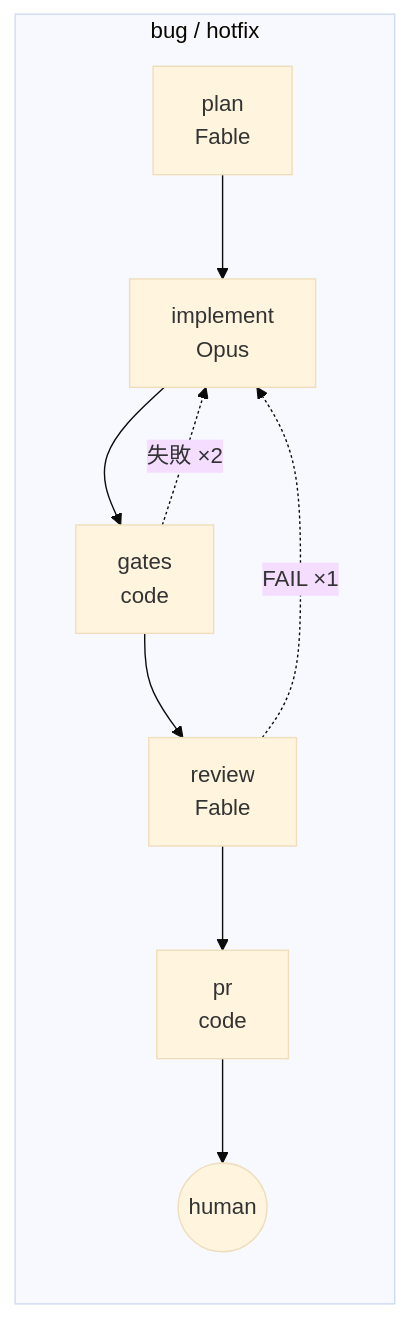
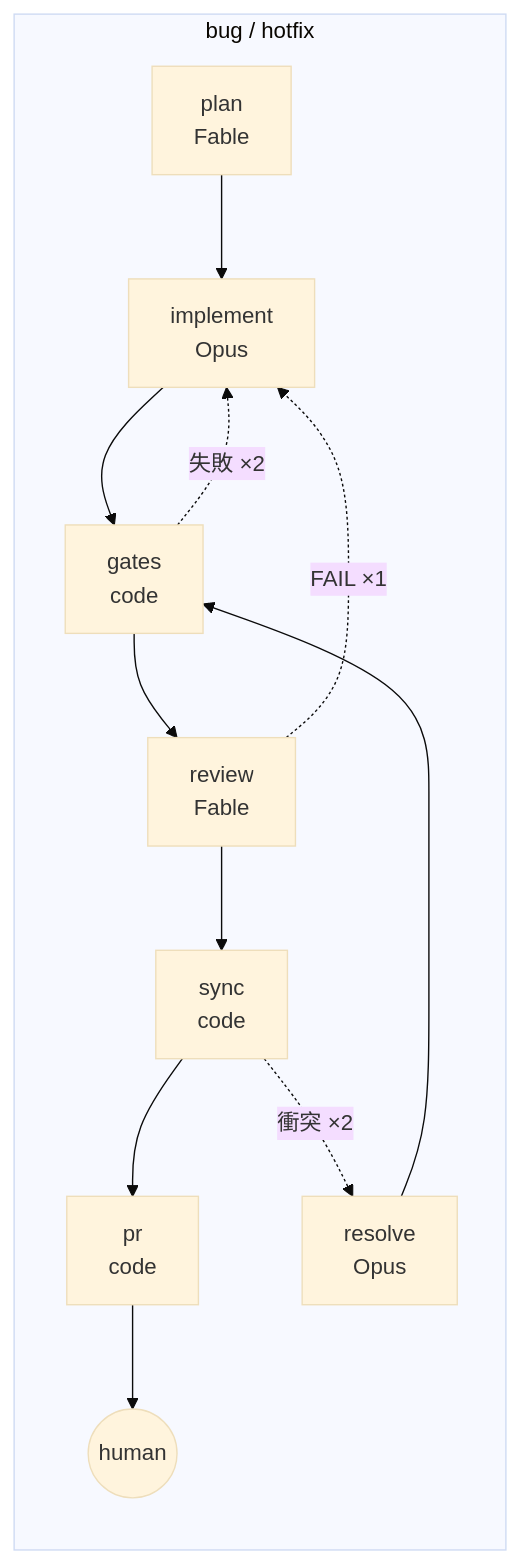
One commit to akkijp-oss/aifactory changed the second of 4 diagrams in website/content/ja/guides/workflows.md. Above: the diagram before and after it, drawn with Mermaid (base theme). The commit also changed other lines of this file and 28 other files, not shown here.

````diff
--- a/website/content/ja/guides/workflows.md
+++ b/website/content/ja/guides/workflows.md
@@ -27,8 +28,9 @@
 ```mermaid
 flowchart LR
   subgraph bug / hotfix
-    pl[plan<br>Fable] --> im[implement<br>Opus] --> ga[gates<br>code] --> re[review<br>Fable] --> pr[pr<br>code] --> hu((human))
+    pl[plan<br>Fable] --> im[implement<br>Opus] --> ga[gates<br>code] --> re[review<br>Fable] --> sy[sync<br>code] --> pr[pr<br>code] --> hu((human))
     ga -. 失敗 ×2 .-> im
     re -. FAIL ×1 .-> im
+    sy -. 衝突 ×2 .-> rz[resolve<br>Opus] --> ga
   end
 ```
````
